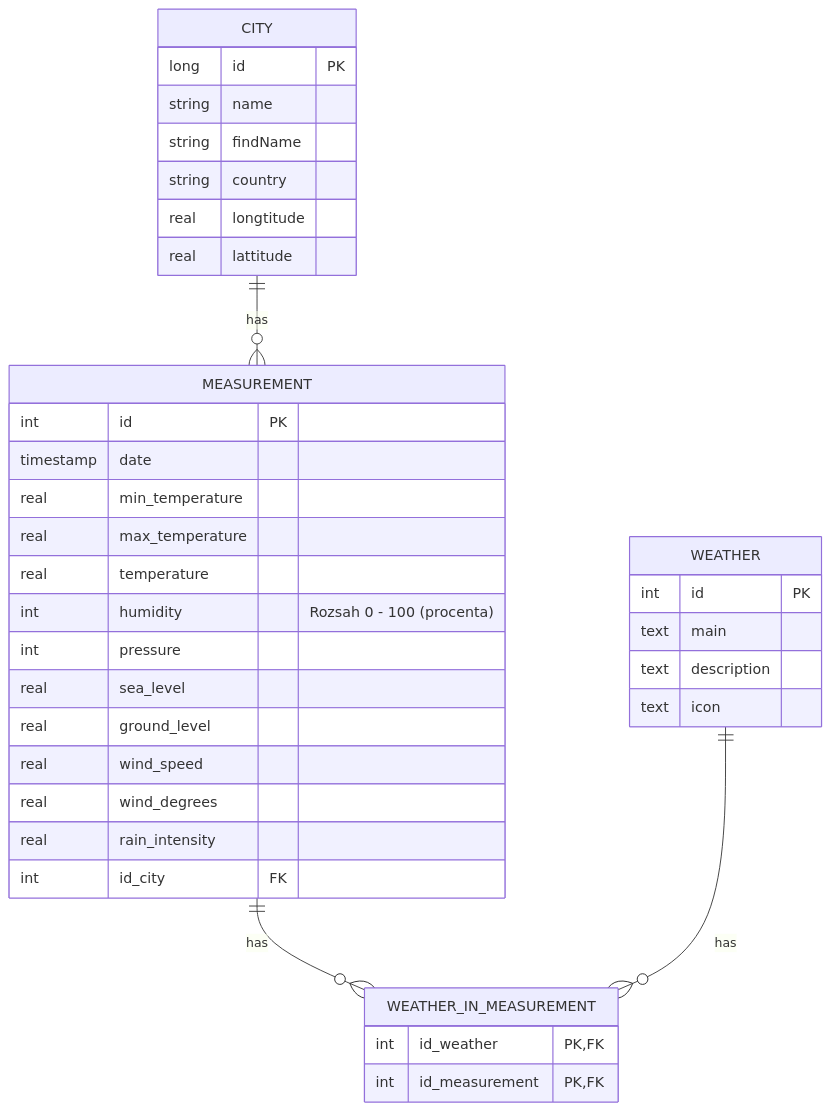
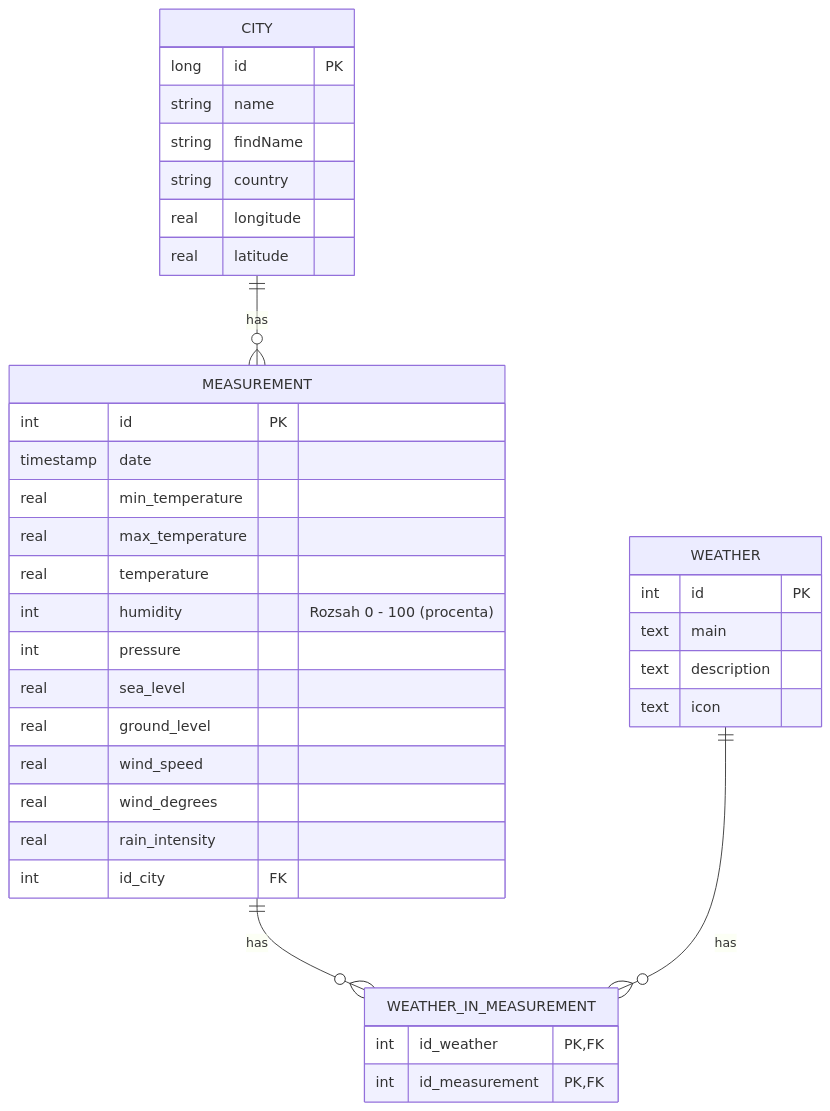
The diagram in README.md (Pain-Software/painstorm), drawn with Mermaid before and after one commit. The commit also changed 1 other file, not shown here.

Commit message:
feat: typo+migrace na aktuální schéma

````diff
--- a/README.md
+++ b/README.md
@@ -37,43 +37,43 @@
 ```mermaid
 erDiagram
     CITY {
         long id PK
         string name
         string findName
         string country
-        real longtitude
-        real lattitude
+        real longitude
+        real latitude
     }
 
     MEASUREMENT {
         int id PK
         timestamp date
         real min_temperature
         real max_temperature
         real temperature
         int humidity    "Rozsah 0 - 100 (procenta)"
         int pressure
         real sea_level
         real ground_level
         real wind_speed
         real wind_degrees
         real rain_intensity
         int id_city FK
     }
 
     WEATHER {
         int id PK
         text main
         text description
         text icon 
     }
 
     WEATHER_IN_MEASUREMENT {
         int id_weather PK, FK
         int id_measurement PK, FK
     }
 
     CITY only one to many MEASUREMENT: has
     MEASUREMENT one to many WEATHER_IN_MEASUREMENT: has
     WEATHER one to many WEATHER_IN_MEASUREMENT: has
 ```
````
